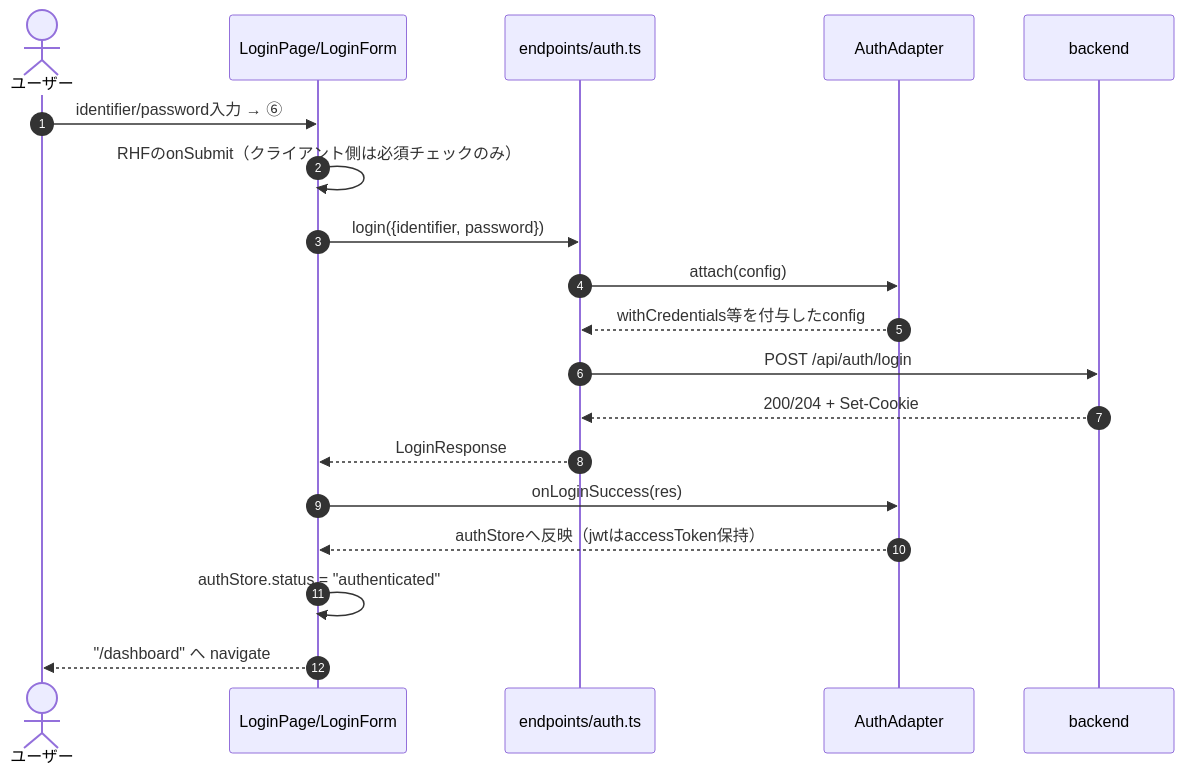
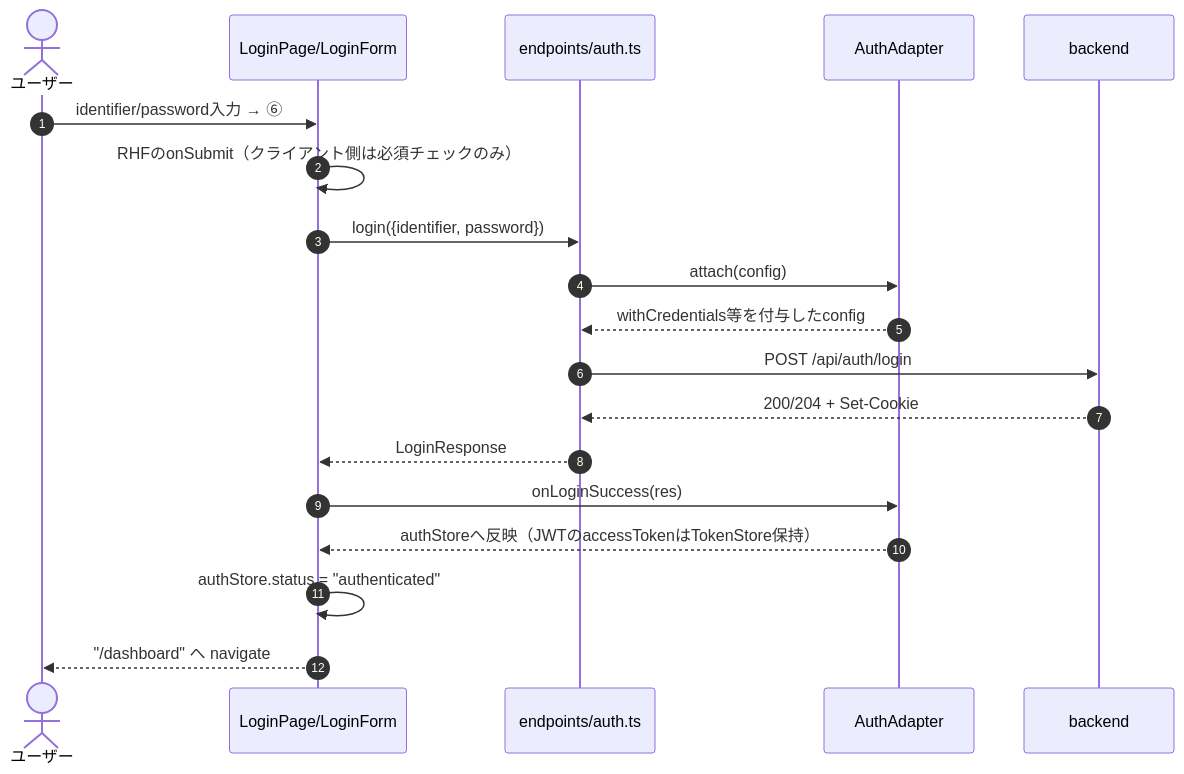
One commit to oikawa-d/task_management changed the second of 6 diagrams in docs/detailed_design/screen/01_login.md. Above: the diagram before and after it, drawn with Mermaid. The commit also changed other lines of this file and 12 other files, not shown here.

````diff
--- a/docs/detailed_design/screen/01_login.md
+++ b/docs/detailed_design/screen/01_login.md
@@ -120,22 +120,22 @@
 ```mermaid
 sequenceDiagram
     autonumber
     actor U as ユーザー
     participant LP as LoginPage/LoginForm
     participant EP as endpoints/auth.ts
     participant AD as AuthAdapter
     participant API as backend
 
     U->>LP: identifier/password入力 → ⑥
     LP->>LP: RHFのonSubmit（クライアント側は必須チェックのみ）
     LP->>EP: login({identifier, password})
     EP->>AD: attach(config)
     AD-->>EP: withCredentials等を付与したconfig
     EP->>API: POST /api/auth/login
     API-->>EP: 200/204 + Set-Cookie
     EP-->>LP: LoginResponse
     LP->>AD: onLoginSuccess(res)
-    AD-->>LP: authStoreへ反映（jwtはaccessToken保持）
+    AD-->>LP: authStoreへ反映（JWTのaccessTokenはTokenStore保持）
     LP->>LP: authStore.status = "authenticated"
     LP-->>U: "/dashboard" へ navigate
 ```
````
